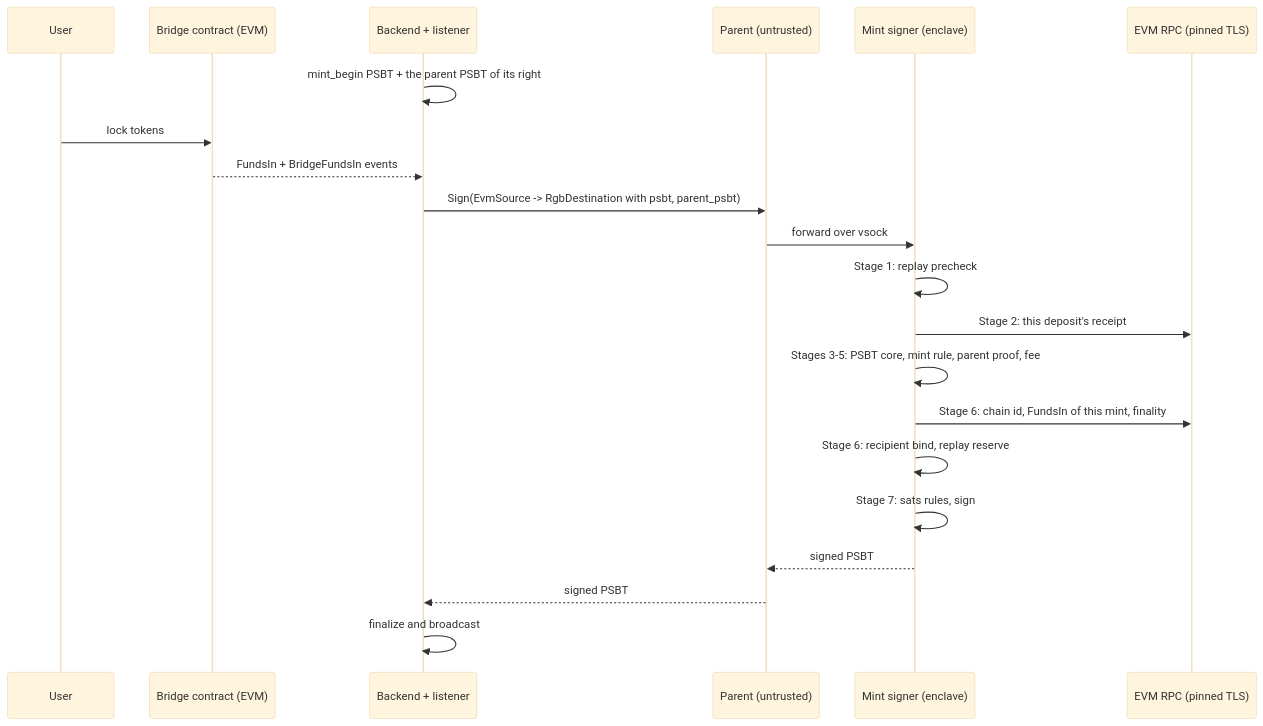
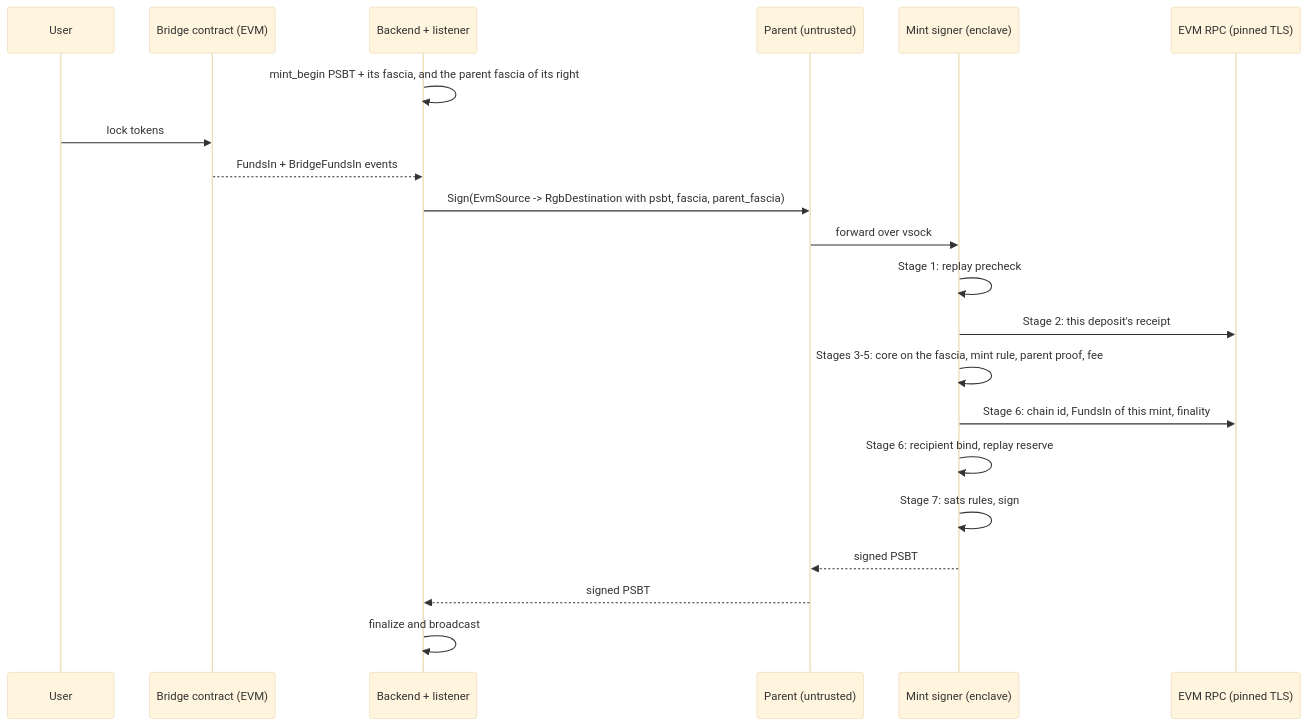
One commit to UTEXO-Protocol/enclave-signer changed the diagram in docs/mint-flow.md. Above: the diagram before and after it, drawn with Mermaid (base theme). The commit also changed other lines of this file and 32 other files, not shown here.

First line of the commit message:
Verify mints and refills from the rgb-lib fascia

````diff
--- a/docs/mint-flow.md
+++ b/docs/mint-flow.md
@@ -81,24 +88,24 @@
 ```mermaid
 sequenceDiagram
     participant U as User
     participant C as Bridge contract (EVM)
     participant L as Backend + listener
     participant P as Parent (untrusted)
     participant E as Mint signer (enclave)
     participant R as EVM RPC (pinned TLS)
 
-    L->>L: mint_begin PSBT + the parent PSBT of its right
+    L->>L: mint_begin PSBT + its fascia, and the parent fascia of its right
     U->>C: lock tokens
     C-->>L: FundsIn + BridgeFundsIn events
-    L->>P: Sign(EvmSource -> RgbDestination with psbt, parent_psbt)
+    L->>P: Sign(EvmSource -> RgbDestination with psbt, fascia, parent_fascia)
     P->>E: forward over vsock
     E->>E: Stage 1: replay precheck
     E->>R: Stage 2: this deposit's receipt
-    E->>E: Stages 3-5: PSBT core, mint rule, parent proof, fee
+    E->>E: Stages 3-5: core on the fascia, mint rule, parent proof, fee
     E->>R: Stage 6: chain id, FundsIn of this mint, finality
     E->>E: Stage 6: recipient bind, replay reserve
     E->>E: Stage 7: sats rules, sign
     E-->>P: signed PSBT
     P-->>L: signed PSBT
     L->>L: finalize and broadcast
 ```
````
